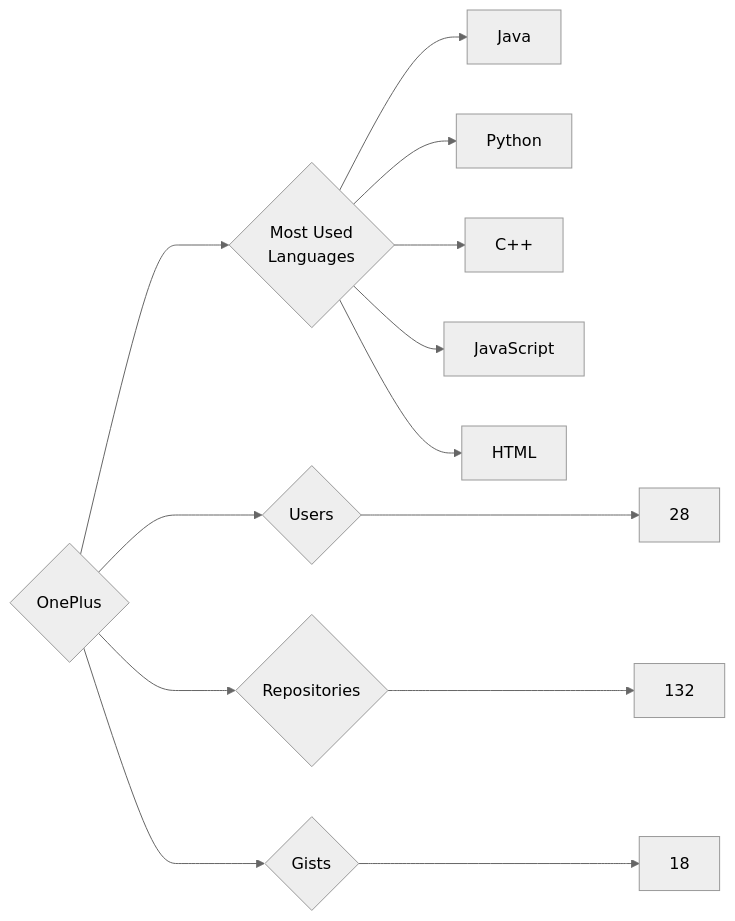
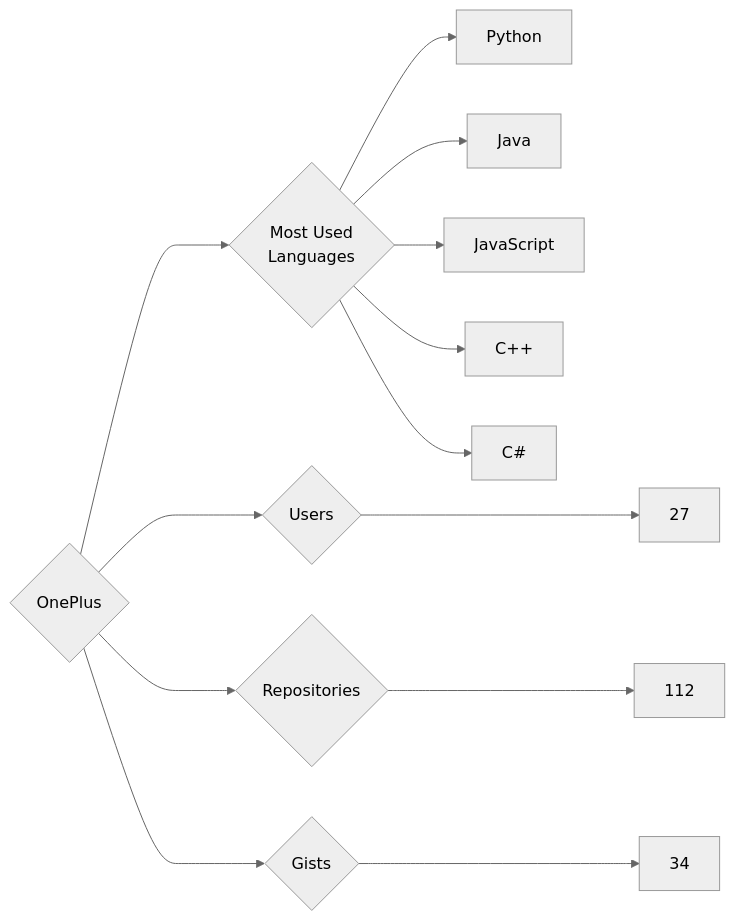
One commit to trickest/insiders changed the diagram in targets/OnePlus/README.md. Above: the diagram before and after it, drawn with Mermaid (neutral theme). The commit also changed 851 other files, not shown here.

````diff
--- a/targets/OnePlus/README.md
+++ b/targets/OnePlus/README.md
@@ -3,13 +3,13 @@
 ```mermaid
 graph LR
 COMPANY_NAME{OnePlus}
-COMPANY_NAME ---> U{Users} ---> UN[28]
-COMPANY_NAME ---> R{Repositories} ---> RN[132]
-COMPANY_NAME ---> G{Gists} ---> GN[18]
+COMPANY_NAME ---> U{Users} ---> UN[27]
+COMPANY_NAME ---> R{Repositories} ---> RN[112]
+COMPANY_NAME ---> G{Gists} ---> GN[34]
 COMPANY_NAME ---> ML{Most Used<br>Languages}
+ML --> Python[Python]
 ML --> Java[Java]
-ML --> Python[Python]
+ML --> JavaScript[JavaScript]
 ML --> C++[C++]
-ML --> JavaScript[JavaScript]
-ML --> HTML[HTML]
+ML --> C#[C#]
 ```
````
